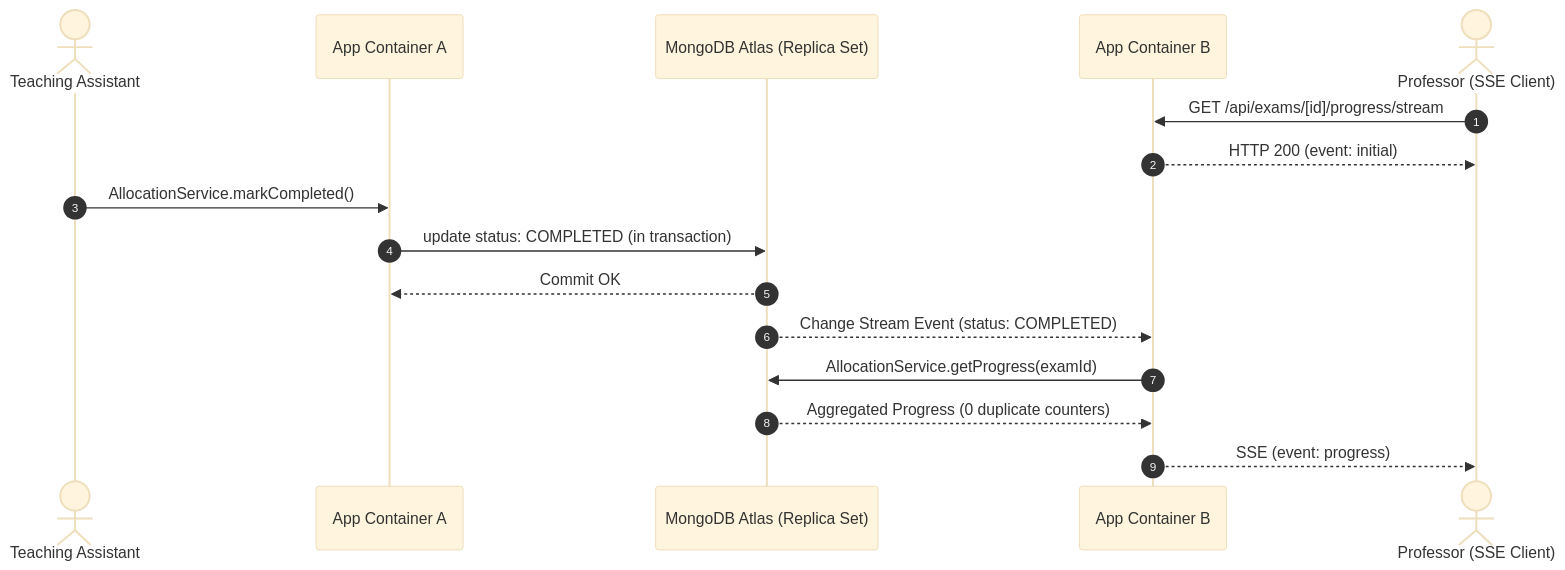
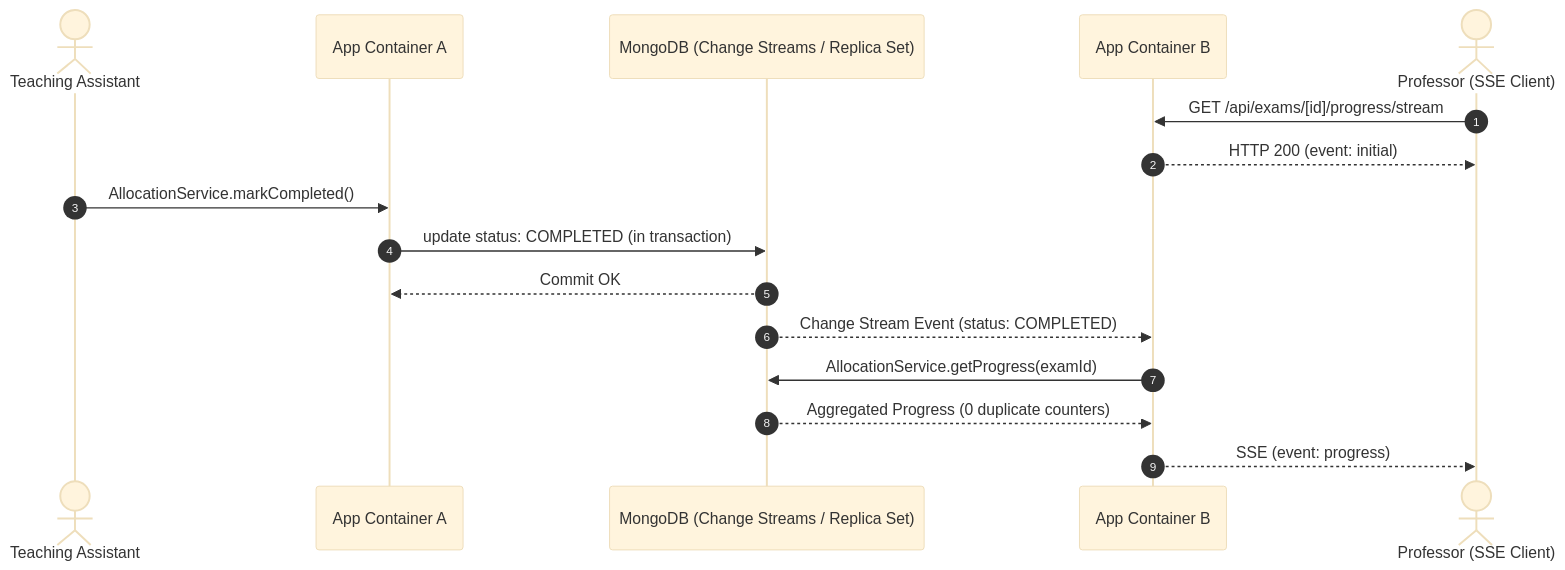
One commit to Aarathi1535/assignment_evaluation-IIIT-Hyd changed the diagram in docs/AE-102.md. Above: the diagram before and after it, drawn with Mermaid (base theme). The commit also changed other lines of this file, not shown here.

````diff
--- a/docs/AE-102.md
+++ b/docs/AE-102.md
@@ -36,19 +78,19 @@
 ```mermaid
 sequenceDiagram
     autonumber
     actor TA as Teaching Assistant
     participant ContainerA as App Container A
-    participant DB as MongoDB Atlas (Replica Set)
+    participant DB as MongoDB (Change Streams / Replica Set)
     participant ContainerB as App Container B
     actor Prof as Professor (SSE Client)
 
     Prof->>ContainerB: GET /api/exams/[id]/progress/stream
     ContainerB-->>Prof: HTTP 200 (event: initial)
     TA->>ContainerA: AllocationService.markCompleted()
     ContainerA->>DB: update status: COMPLETED (in transaction)
     DB-->>ContainerA: Commit OK
     DB-->>ContainerB: Change Stream Event (status: COMPLETED)
     ContainerB->>DB: AllocationService.getProgress(examId)
     DB-->>ContainerB: Aggregated Progress (0 duplicate counters)
     ContainerB-->>Prof: SSE (event: progress)
 ```
````
